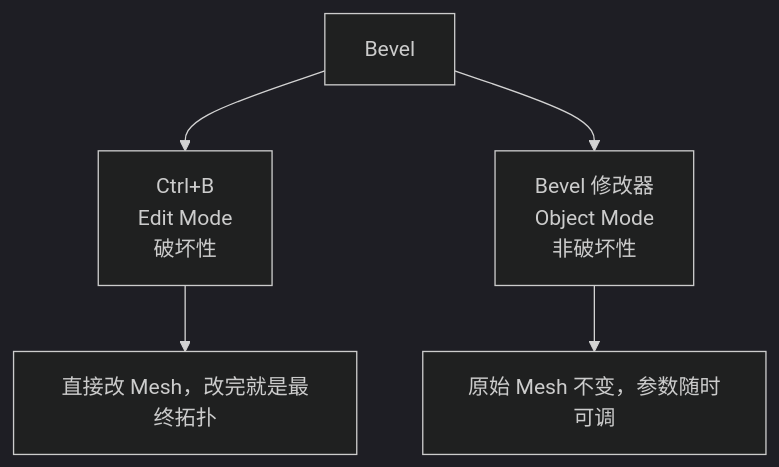
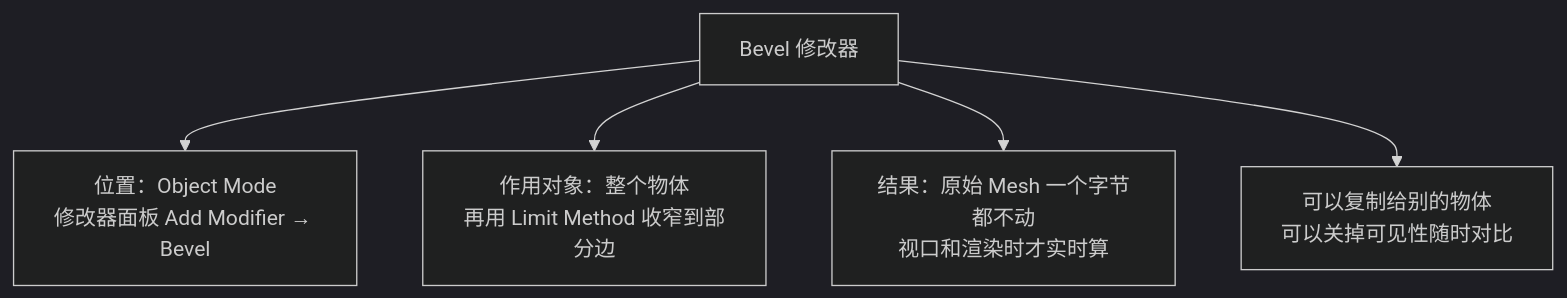
Diagram 14 of 44 in Blender笔记/00-基础/06-倒角-Bevel.md (liuchamp/blenderdsv1), drawn with Mermaid (dark theme) before and after one commit. The commit also changed other lines of this file and 16 other files, not shown here.

````diff
--- a/Blender笔记/00-基础/06-倒角-Bevel.md
+++ b/Blender笔记/00-基础/06-倒角-Bevel.md
@@ -79,7 +312,7 @@
 ```mermaid
 flowchart TD
-    BEV["Bevel"] --> A["Ctrl+B<br/>Edit Mode<br/>破坏性"]
-    BEV --> B["Bevel 修改器<br/>Object Mode<br/>非破坏性"]
-    A --> A1["直接改 Mesh，改完就是最终拓扑"]
-    B --> B1["原始 Mesh 不变，参数随时可调"]
+    A["Bevel 修改器"] --> B["位置：Object Mode<br/>修改器面板 Add Modifier → Bevel"]
+    A --> C["作用对象：整个物体<br/>再用 Limit Method 收窄到部分边"]
+    A --> D["结果：原始 Mesh 一个字节都不动<br/>视口和渲染时才实时算"]
+    A --> E["可以复制给别的物体<br/>可以关掉可见性随时对比"]
 ```
````
